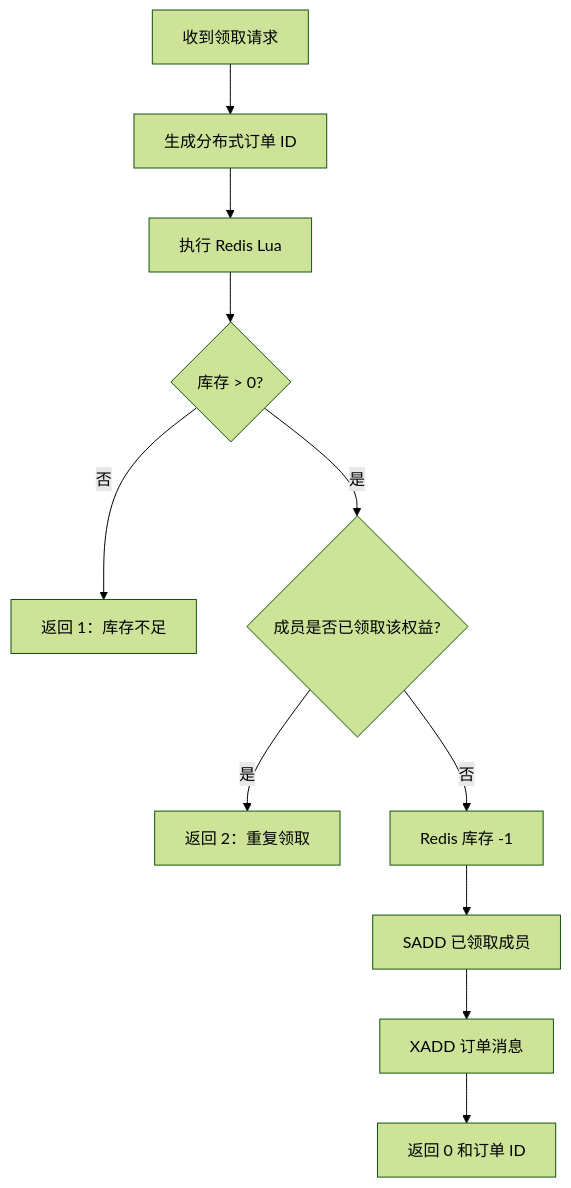
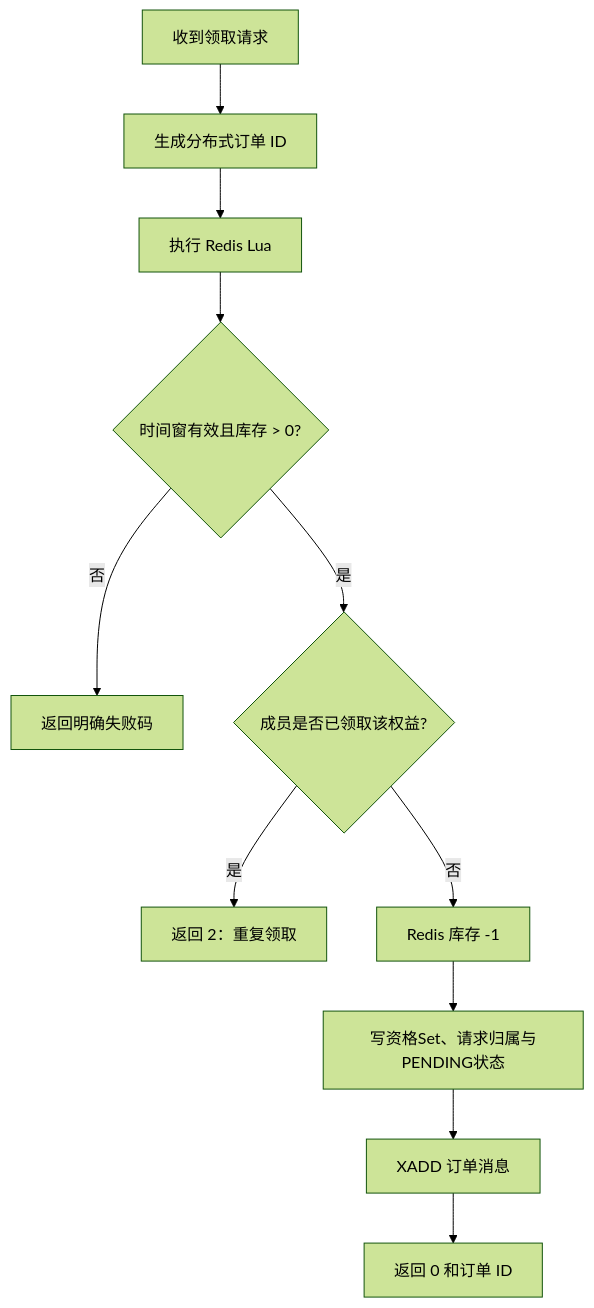
Before and after one commit to wxou/redis: the third of 3 diagrams in gouyu-community/docs/project-summary.md, drawn with Mermaid (forest theme). The commit also changed other lines of this file and 8 other files, not shown here.

````diff
--- a/gouyu-community/docs/project-summary.md
+++ b/gouyu-community/docs/project-summary.md
@@ -446,13 +446,13 @@
 ```mermaid
 flowchart TD
     A["收到领取请求"] --> B["生成分布式订单 ID"]
     B --> C["执行 Redis Lua"]
-    C --> D{"库存 > 0?"}
-    D -->|否| E["返回 1：库存不足"]
+    C --> D{"时间窗有效且库存 > 0?"}
+    D -->|否| E["返回明确失败码"]
     D -->|是| F{"成员是否已领取该权益?"}
     F -->|是| G["返回 2：重复领取"]
     F -->|否| H["Redis 库存 -1"]
-    H --> I["SADD 已领取成员"]
+    H --> I["写资格Set、请求归属与PENDING状态"]
     I --> J["XADD 订单消息"]
     J --> K["返回 0 和订单 ID"]
 ```
````
